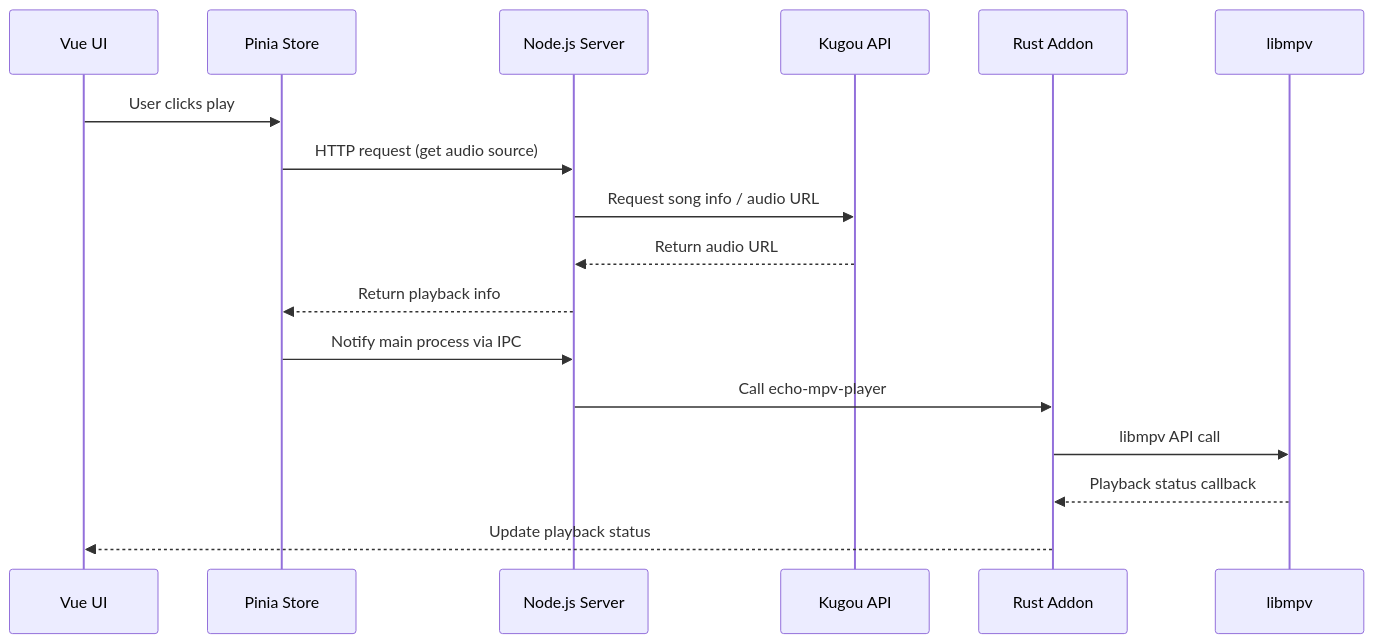
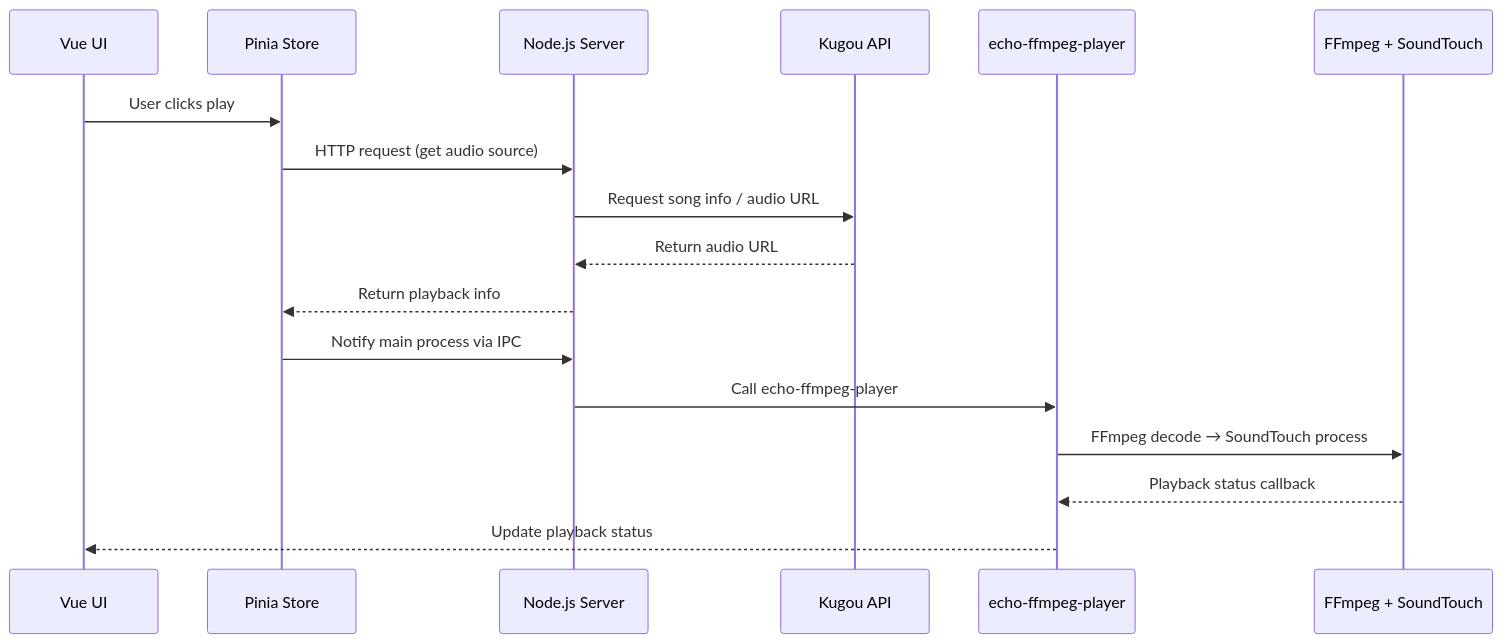
The second of 4 diagrams in docs/en/develop/architecture.md (yaoyaoprincess/EchoMusic-docs), drawn with Mermaid before and after one commit. The commit also changed other lines of this file and 40 other files, not shown here.

````diff
--- a/docs/en/develop/architecture.md
+++ b/docs/en/develop/architecture.md
@@ -54,20 +54,20 @@
 ```mermaid
 sequenceDiagram
     participant UI as Vue UI
     participant Pinia as Pinia Store
     participant Server as Node.js Server
     participant API as Kugou API
-    participant Rust as Rust Addon
-    participant MPV as libmpv
+    participant Rust as echo-ffmpeg-player
+    participant FFmpeg as FFmpeg + SoundTouch
 
     UI->>Pinia: User clicks play
     Pinia->>Server: HTTP request (get audio source)
     Server->>API: Request song info / audio URL
     API-->>Server: Return audio URL
     Server-->>Pinia: Return playback info
     Pinia->>Server: Notify main process via IPC
-    Server->>Rust: Call echo-mpv-player
-    Rust->>MPV: libmpv API call
-    MPV-->>Rust: Playback status callback
+    Server->>Rust: Call echo-ffmpeg-player
+    Rust->>FFmpeg: FFmpeg decode → SoundTouch process
+    FFmpeg-->>Rust: Playback status callback
     Rust-->>UI: Update playback status
 ```
````
